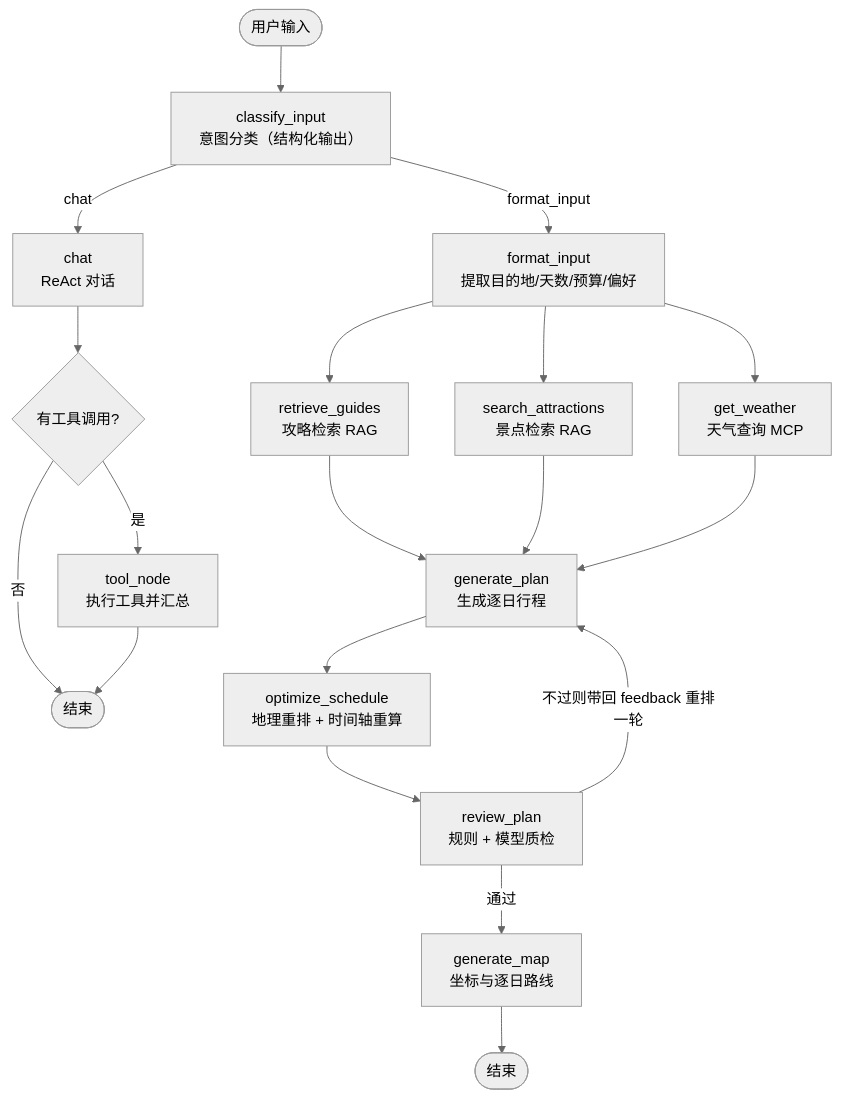
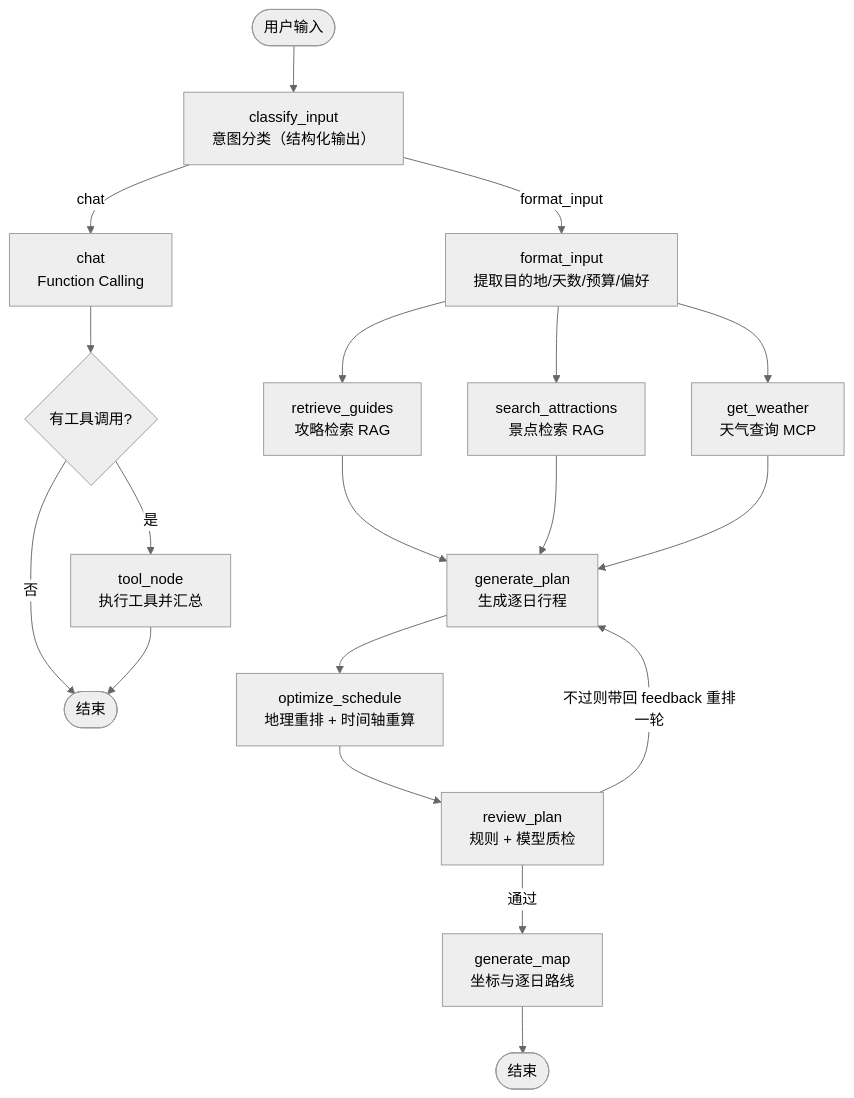
One commit to kkszw/TripGenie changed the diagram in README.md. Above: the diagram before and after it, drawn with Mermaid (neutral theme). The commit also changed other lines of this file, not shown here.

First line of the commit message:
docs(readme): 口径改为单轮 Function Calling，补 Docker Compose 启动章节

````diff
--- a/README.md
+++ b/README.md
@@ -230,23 +231,23 @@
 ```mermaid
 flowchart TD
     START([用户输入]) --> classify["classify_input<br/>意图分类（结构化输出）"]
 
-    classify -->|chat| chat["chat<br/>ReAct 对话"]
+    classify -->|chat| chat["chat<br/>Function Calling"]
     chat --> should{"有工具调用?"}
     should -->|是| tool["tool_node<br/>执行工具并汇总"]
     should -->|否| E1([结束])
     tool --> E1
 
     classify -->|format_input| format["format_input<br/>提取目的地/天数/预算/偏好"]
     format --> retrieve["retrieve_guides<br/>攻略检索 RAG"]
     format --> attractions["search_attractions<br/>景点检索 RAG"]
     format --> weather["get_weather<br/>天气查询 MCP"]
     retrieve --> plan["generate_plan<br/>生成逐日行程"]
     attractions --> plan
     weather --> plan
     plan --> schedule["optimize_schedule<br/>地理重排 + 时间轴重算"]
     schedule --> review["review_plan<br/>规则 + 模型质检"]
     review -->|不过则带回 feedback 重排一轮| plan
     review -->|通过| map["generate_map<br/>坐标与逐日路线"]
     map --> E2([结束])
 ```
````
